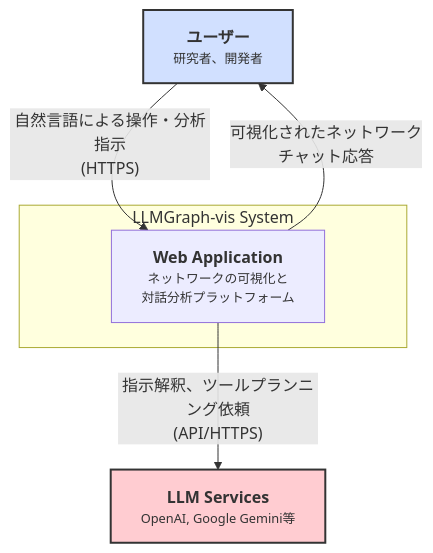
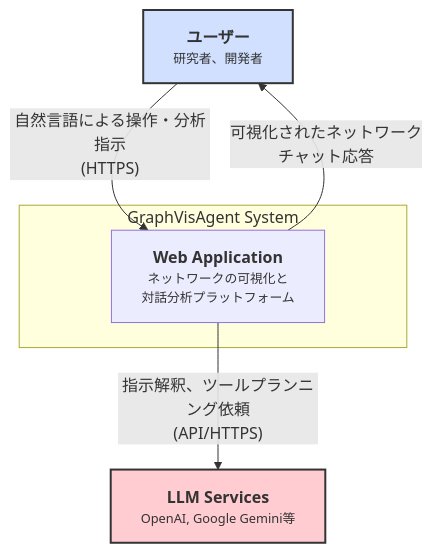
Before and after one commit to vdslab/LLMGraphvis: the first of 2 diagrams in specification/2_Technical_Details/0_Architecture.md, drawn with Mermaid. The commit also changed other lines of this file and 7 other files, not shown here.

First line of the commit message:
Refactor documentation and update architecture details for GraphVisAgent

````diff
--- a/specification/2_Technical_Details/0_Architecture.md
+++ b/specification/2_Technical_Details/0_Architecture.md
@@ -15,17 +16,17 @@
 ```mermaid
 graph TD
     user[<div style="font-weight:bold">ユーザー</div><div style="font-size: 80%;">研究者、開発者</div>]
-    
-    subgraph "LLMGraph-vis System"
+
+    subgraph "GraphVisAgent System"
         webApplication["<div style="font-weight:bold">Web Application</div><div style="font-size: 80%;">ネットワークの可視化と<br/>対話分析プラットフォーム</div>"]
     end
 
     llmServices[<div style="font-weight:bold">LLM Services</div><div style="font-size: 80%;">OpenAI, Google Gemini等</div>]
 
     user -- "自然言語による操作・分析指示<br/>(HTTPS)" --> webApplication
     webApplication -- "可視化されたネットワーク<br/>チャット応答" --> user
     webApplication -- "指示解釈、ツールプランニング依頼<br/>(API/HTTPS)" --> llmServices
 
     style user fill:#d1e0ff,stroke:#333,stroke-width:2px
     style llmServices fill:#ffccd1,stroke:#333,stroke-width:2px
 ```
````
